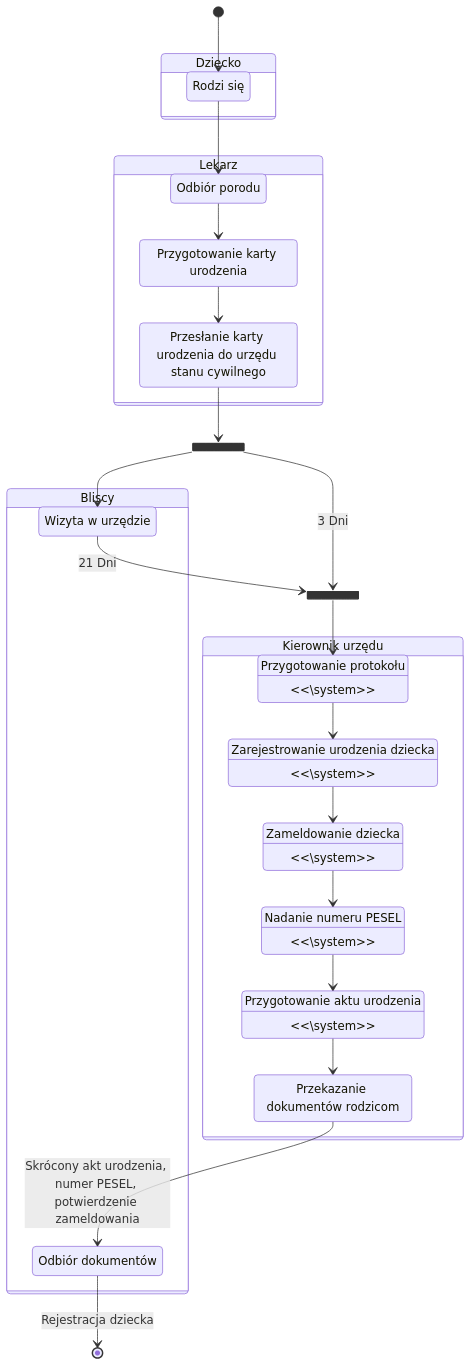
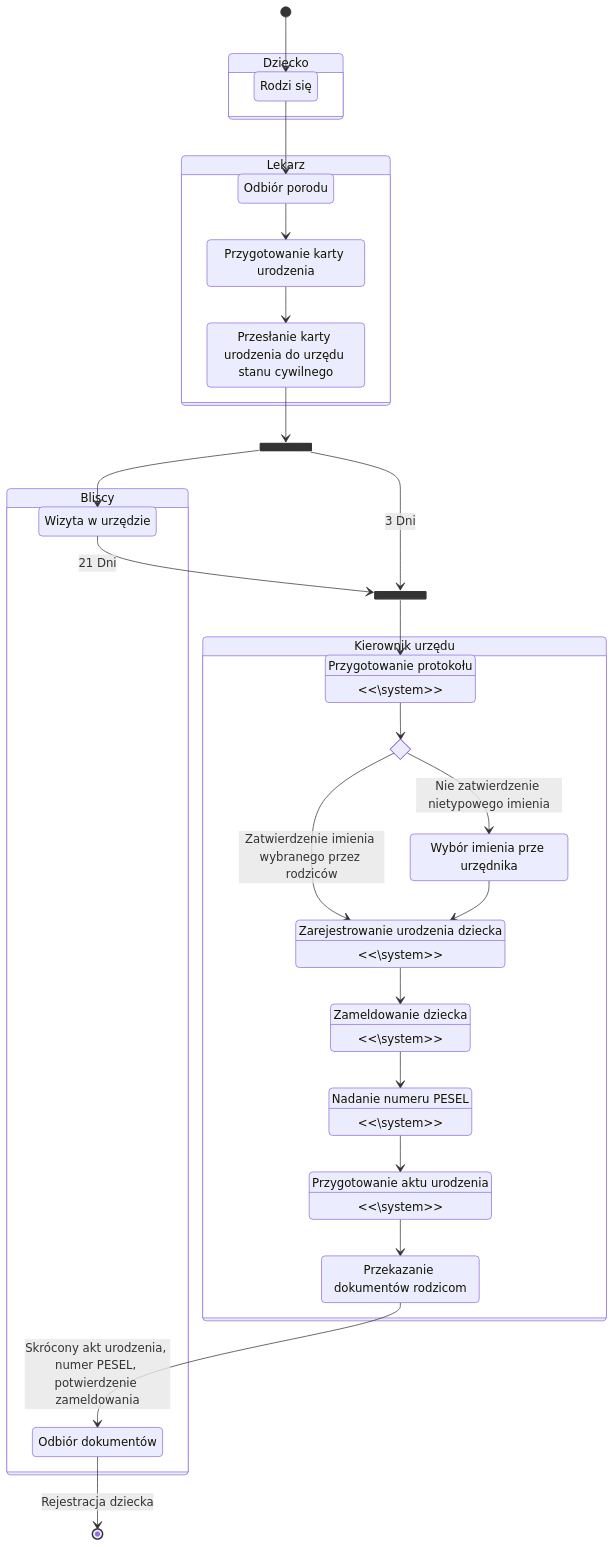
One commit to bartlomiejkrawczyk/ZPI-22Z changed the second of 4 diagrams in README.md. Above: the diagram before and after it, drawn with Mermaid.

Commit message:
Add condition for child name

````diff
--- a/README.md
+++ b/README.md
@@ -225,55 +225,60 @@
 ```mermaid
 stateDiagram
     [*] --> r1
     state Dziecko {
         direction LR
         state "Rodzi się" as r1
     }
     state Lekarz {
         direction LR
         state "Odbiór porodu" as l1
         state "Przygotowanie karty urodzenia" as l2
         state "Przesłanie karty urodzenia do urzędu stanu cywilnego" as l3
 
         l1 --> l2
         l2 --> l3
     }
 
     r1 --> l1
 
     state Bliscy {
         state "Wizyta w urzędzie" as b1
         state "Odbiór dokumentów" as b2
     }
     state "Kierownik urzędu" as kierownik {
         state "Przygotowanie protokołu" as k1
         state "<<\system>>" as k1
+        state if_accept <<choice>>
+        state "Wybór imienia prze urzędnika" as choice
         state "Zarejestrowanie urodzenia dziecka" as k2
         state "<<\system>>" as k2
         state "Zameldowanie dziecka" as k3
         state "<<\system>>" as k3
         state "Nadanie numeru PESEL" as k4
         state "<<\system>>" as k4
         state "Przygotowanie aktu urodzenia" as k5
         state "<<\system>>" as k5
         state "Przekazanie dokumentów rodzicom" as k6
 
-        k1 --> k2
+        k1 --> if_accept
+        if_accept --> k2: Zatwierdzenie imienia wybranego przez rodziców
+        if_accept --> choice: Nie zatwierdzenie nietypowego imienia
+        choice --> k2
         k2 --> k3
         k3 --> k4
         k4 --> k5
         k5 --> k6
     }
 
     state fork_state <<fork>>
       l3 --> fork_state
       fork_state --> b1
 
       state join_state <<join>>
       b1 --> join_state: 21 Dni
       join_state --> k1
       fork_state --> join_state: 3 Dni
 
     k6 --> b2: Skrócony akt urodzenia, numer PESEL, potwierdzenie zameldowania
     b2 --> [*]: Rejestracja dziecka
 ```
````
